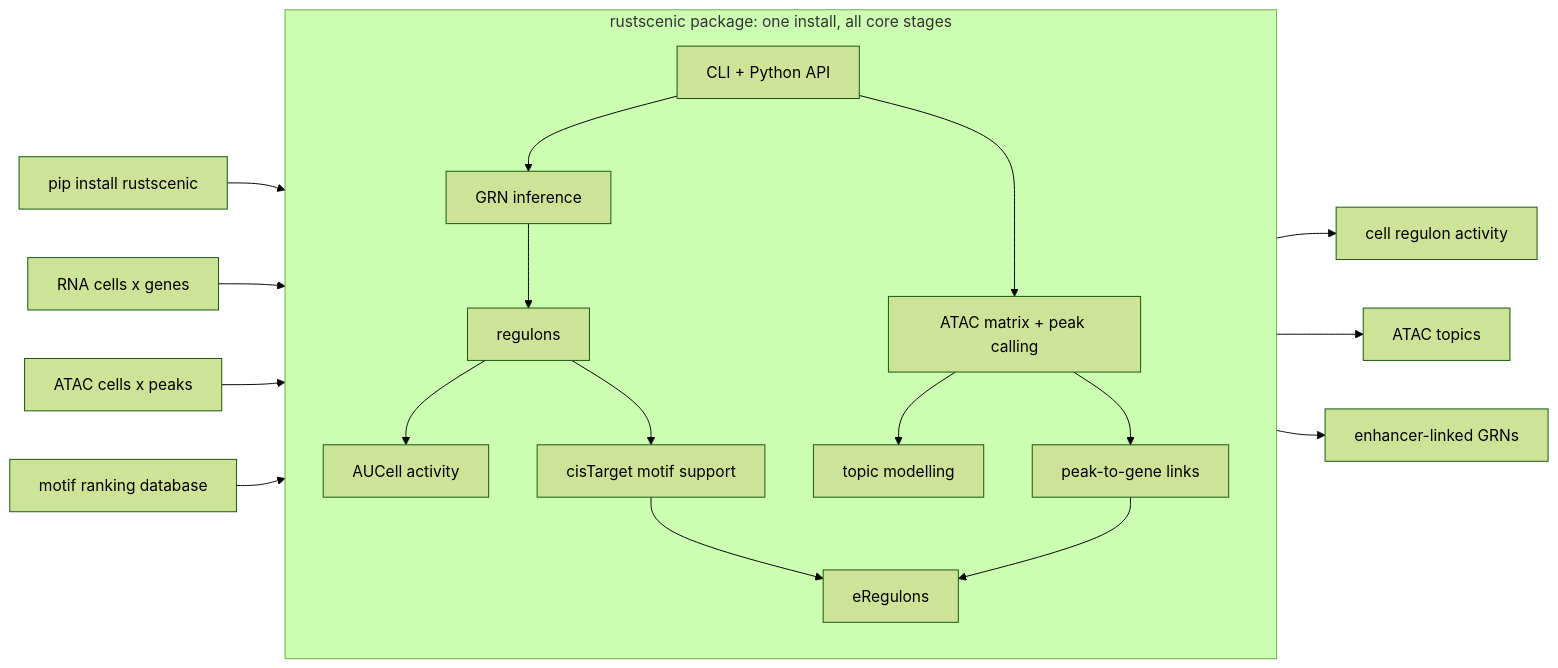
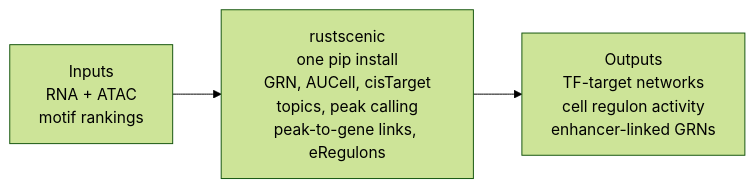
One commit to Ekin-Kahraman/rustscenic changed the diagram in README.md. Above: the diagram before and after it, drawn with Mermaid (forest theme). The commit also changed other lines of this file, not shown here.

Commit message:
Simplify README evidence and pipeline diagram

````diff
--- a/README.md
+++ b/README.md
@@ -68,39 +72,8 @@
 ```mermaid
 flowchart LR
-    install["pip install rustscenic"]
-    rna["RNA cells x genes"]
-    atac["ATAC cells x peaks"]
-    motifs["motif ranking database"]
+    inputs["Inputs<br/>RNA + ATAC<br/>motif rankings"]
+    package["rustscenic<br/>one pip install<br/>GRN, AUCell, cisTarget<br/>topics, peak calling<br/>peak-to-gene links, eRegulons"]
+    outputs["Outputs<br/>TF-target networks<br/>cell regulon activity<br/>enhancer-linked GRNs"]
 
-    subgraph pkg["rustscenic package: one install, all core stages"]
-        direction TB
-        api["CLI + Python API"]
-        grn["GRN inference"]
-        regulons["regulons"]
-        aucell["AUCell activity"]
-        peaks["ATAC matrix + peak calling"]
-        topics["topic modelling"]
-        ct["cisTarget motif support"]
-        p2g["peak-to-gene links"]
-        ereg["eRegulons"]
-
-        api --> grn
-        grn --> regulons
-        regulons --> aucell
-        regulons --> ct
-        api --> peaks
-        peaks --> topics
-        peaks --> p2g
-        ct --> ereg
-        p2g --> ereg
-    end
-
-    install --> api
-    rna --> api
-    atac --> api
-    motifs --> ct
-
-    aucell --> out1["cell regulon activity"]
-    topics --> out2["ATAC topics"]
-    ereg --> out3["enhancer-linked GRNs"]
+    inputs --> package --> outputs
 ```
````
